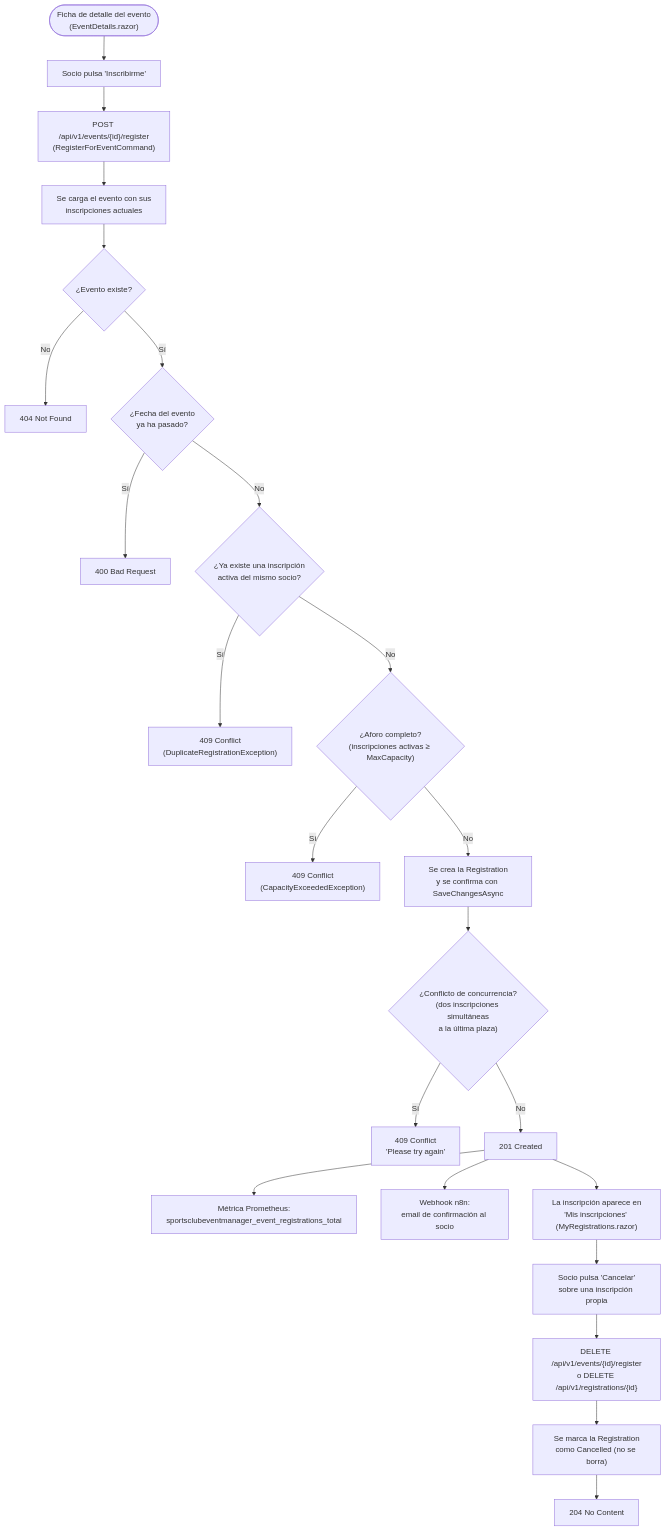
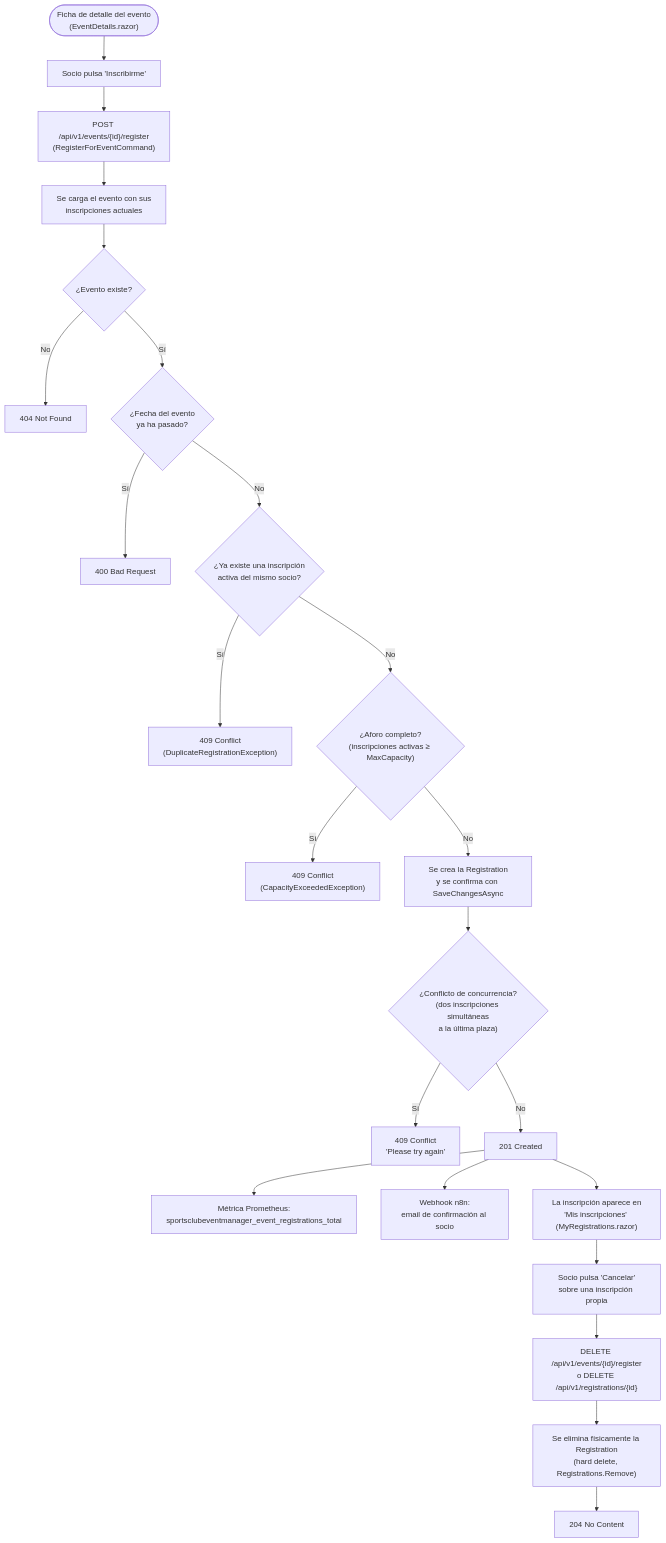
One commit to AlejBlasco/SportsClubEventManager changed the diagram in docs/operations/inscripcion-eventos.md. Above: the diagram before and after it, drawn with Mermaid. The commit also changed other lines of this file and 48 other files, not shown here.

````diff
--- a/docs/operations/inscripcion-eventos.md
+++ b/docs/operations/inscripcion-eventos.md
@@ -7,29 +7,29 @@
 ```mermaid
 flowchart TD
     Detail(["Ficha de detalle del evento<br/>(EventDetails.razor)"]) --> Click["Socio pulsa 'Inscribirme'"]
     Click --> Post["POST /api/v1/events/{id}/register<br/>(RegisterForEventCommand)"]
 
     Post --> LoadEvent["Se carga el evento con sus<br/>inscripciones actuales"]
     LoadEvent --> ExistsCheck{"¿Evento existe?"}
     ExistsCheck -->|No| E404["404 Not Found"]
     ExistsCheck -->|Sí| DateCheck{"¿Fecha del evento<br/>ya ha pasado?"}
     DateCheck -->|Sí| E400["400 Bad Request"]
     DateCheck -->|No| DupCheck{"¿Ya existe una inscripción<br/>activa del mismo socio?"}
     DupCheck -->|Sí| E409a["409 Conflict<br/>(DuplicateRegistrationException)"]
     DupCheck -->|No| CapCheck{"¿Aforo completo?<br/>(inscripciones activas ≥ MaxCapacity)"}
     CapCheck -->|Sí| E409b["409 Conflict<br/>(CapacityExceededException)"]
     CapCheck -->|No| Save["Se crea la Registration<br/>y se confirma con SaveChangesAsync"]
 
     Save --> Concurrency{"¿Conflicto de concurrencia?<br/>(dos inscripciones simultáneas<br/>a la última plaza)"}
     Concurrency -->|Sí| E409c["409 Conflict<br/>'Please try again'"]
     Concurrency -->|No| Success["201 Created"]
 
     Success --> Metric["Métrica Prometheus:<br/>sportsclubeventmanager_event_registrations_total"]
     Success --> Notify["Webhook n8n:<br/>email de confirmación al socio"]
     Success --> MyRegs["La inscripción aparece en<br/>'Mis inscripciones' (MyRegistrations.razor)"]
 
     MyRegs --> Cancel["Socio pulsa 'Cancelar'<br/>sobre una inscripción propia"]
     Cancel --> Delete["DELETE /api/v1/events/{id}/register<br/>o DELETE /api/v1/registrations/{id}"]
-    Delete --> CancelHandler["Se marca la Registration<br/>como Cancelled (no se borra)"]
+    Delete --> CancelHandler["Se elimina físicamente la Registration<br/>(hard delete, Registrations.Remove)"]
     CancelHandler --> CancelSuccess["204 No Content"]
 ```
````
